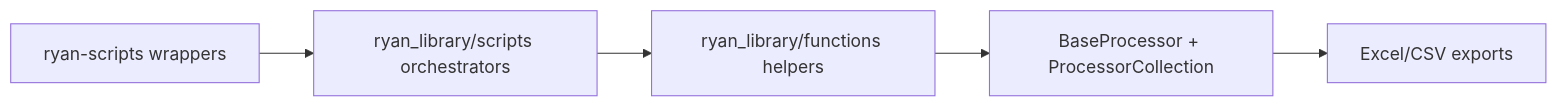
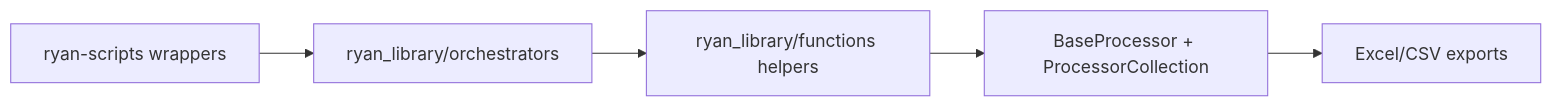
Before and after one commit to Chain-Frost/ryan-tools: the second of 2 diagrams in ryan_library/processors/tuflow/WORKFLOW.md, drawn with Mermaid. The commit also changed other lines of this file and 69 other files, not shown here.

````diff
--- a/ryan_library/processors/tuflow/WORKFLOW.md
+++ b/ryan_library/processors/tuflow/WORKFLOW.md
@@ -35,7 +35,7 @@
 ```mermaid
 flowchart LR
-    A[ryan-scripts wrappers] --> B[ryan_library/scripts orchestrators]
+    A[ryan-scripts wrappers] --> B[ryan_library/orchestrators]
     B --> C[ryan_library/functions helpers]
     C --> D[BaseProcessor + ProcessorCollection]
     D --> E[Excel/CSV exports]
 ```
````
